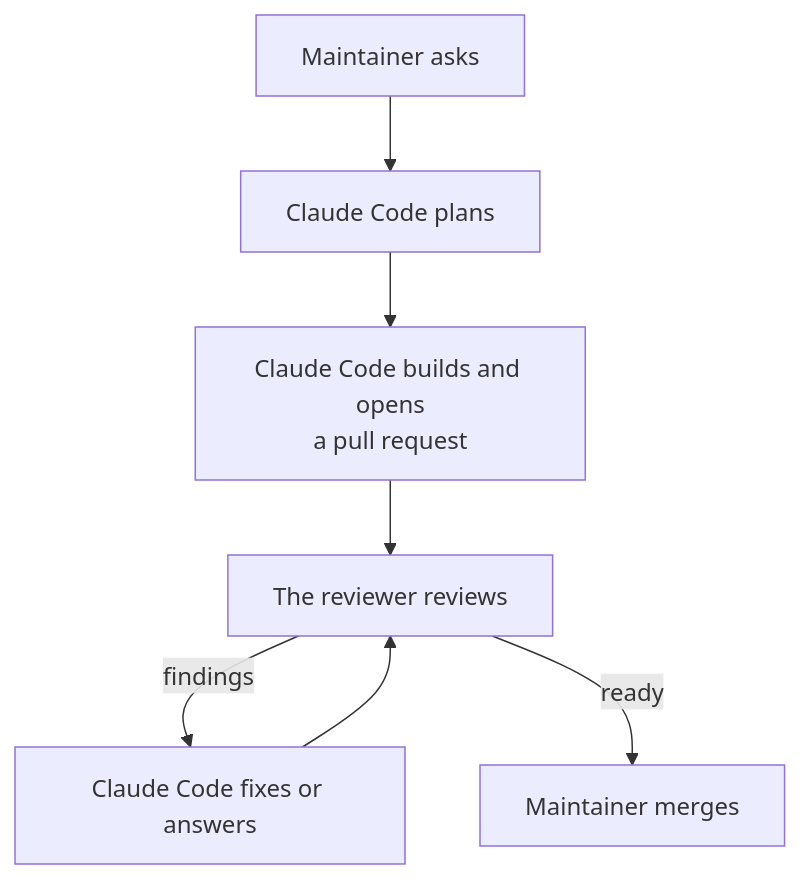
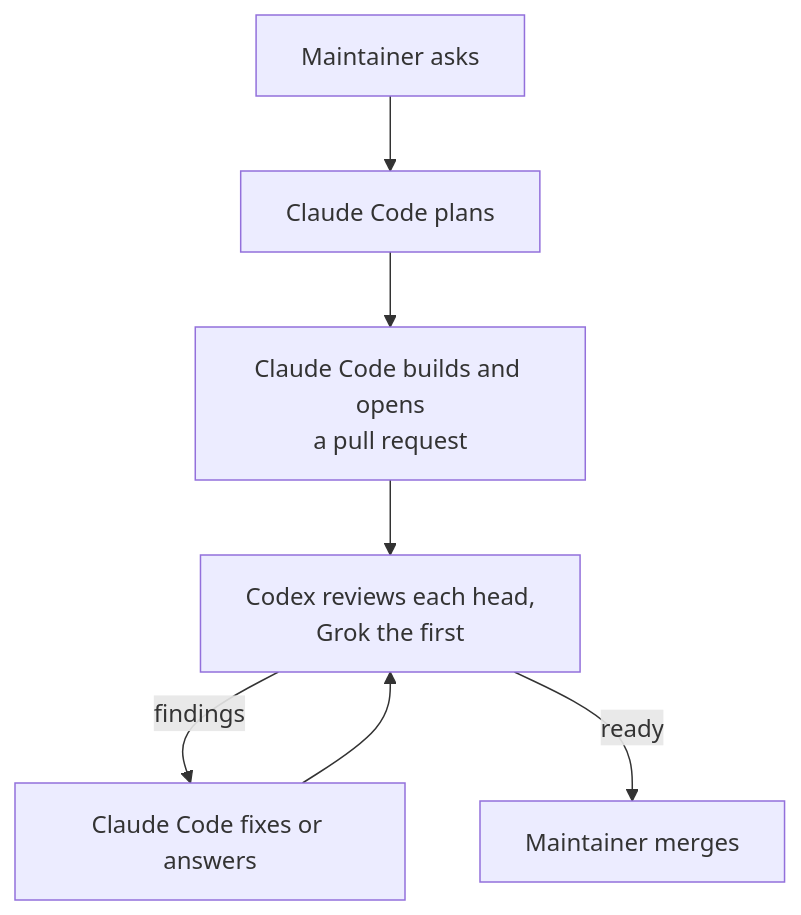
The diagram in docs/how-it-works.md (ericfurspan/mentat), drawn with Mermaid before and after one commit. The commit also changed other lines of this file and 11 other files, not shown here.

````diff
--- a/docs/how-it-works.md
+++ b/docs/how-it-works.md
@@ -7,9 +7,9 @@
 ```mermaid
 flowchart TD
     A["Maintainer asks"] --> B["Claude Code plans"]
     B --> C["Claude Code builds and opens<br/>a pull request"]
-    C --> D["The reviewer reviews"]
+    C --> D["Codex reviews each head,<br/>Grok the first"]
     D -- findings --> E["Claude Code fixes or answers"]
     E --> D
     D -- ready --> F["Maintainer merges"]
 ```
````
